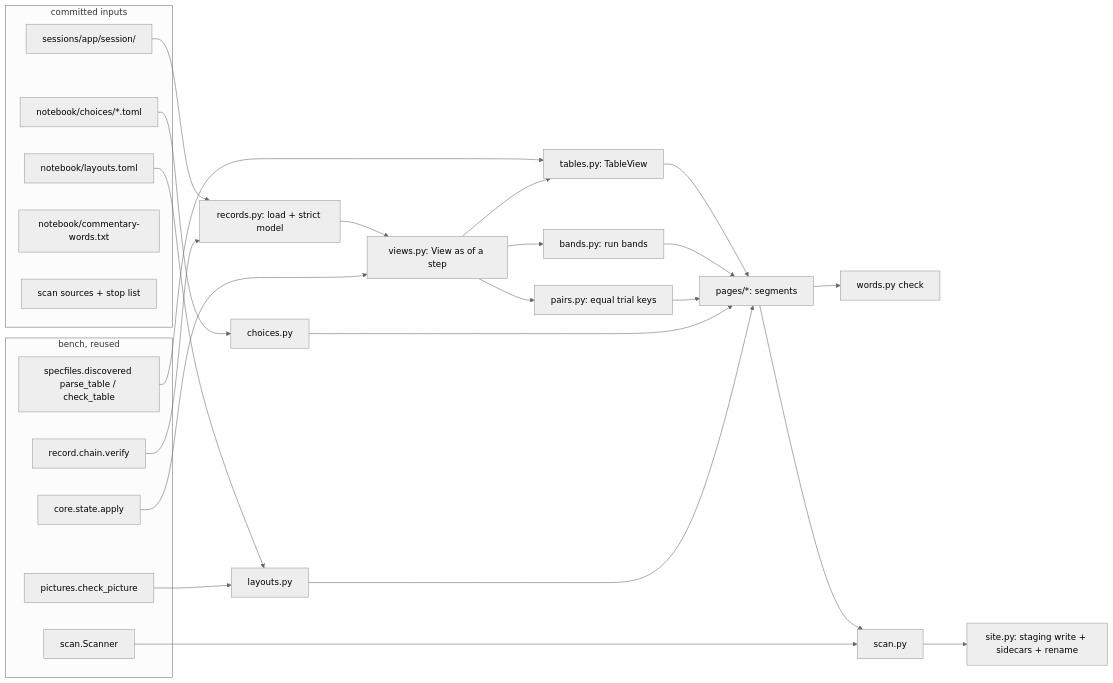
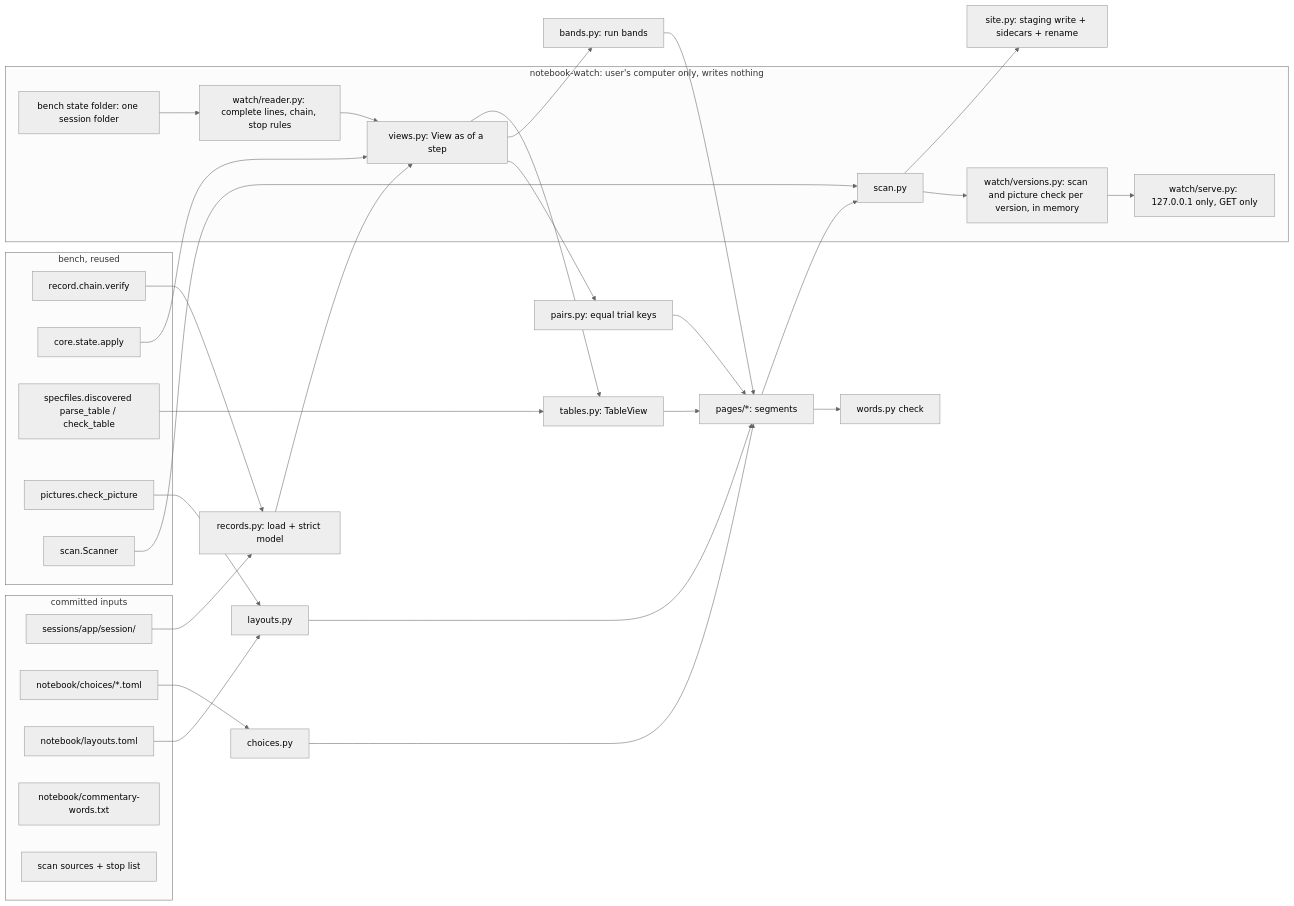
The diagram in .kiro/specs/lab-notebook/design.md (marcosanyo/dr-kiro-lab-notebook), drawn with Mermaid (neutral theme) before and after one commit. The commit also changed other lines of this file and 3 other files, not shown here.

First line of the commit message:
lab-notebook: the session at the bench (requirement 23, decision 53)

````diff
--- a/.kiro/specs/lab-notebook/design.md
+++ b/.kiro/specs/lab-notebook/design.md
@@ -36,33 +42,39 @@
 ```mermaid
 flowchart LR
   subgraph inputs [committed inputs]
     S[sessions/app/session/]
     C[notebook/choices/*.toml]
     L[notebook/layouts.toml]
     W[notebook/commentary-words.txt]
     K[scan sources + stop list]
   end
   subgraph bench [bench, reused]
     V[record.chain.verify]
     A[core.state.apply]
     T[specfiles.discovered parse_table / check_table]
     P[pictures.check_picture]
     X[scan.Scanner]
   end
   S --> R[records.py: load + strict model]
   V --> R
   R --> M[views.py: View as of a step]
   A --> M
   T --> TV[tables.py: TableView]
   M --> TV
   M --> B[bands.py: run bands]
   M --> Q[pairs.py: equal trial keys]
   C --> CH[choices.py]
   L --> LY[layouts.py]
   P --> LY
   TV & B & Q & CH & LY --> PG[pages/*: segments]
   PG --> WD[words.py check]
   PG --> SC[scan.py]
   X --> SC
   SC --> ST[site.py: staging write + sidecars + rename]
+  subgraph watch["notebook-watch: user's computer only, writes nothing"]
+    BS[bench state folder: one session folder] --> WR[watch/reader.py: complete lines, chain, stop rules]
+    WR --> M
+    SC --> WV[watch/versions.py: scan and picture check per version, in memory]
+    WV --> WH[watch/serve.py: 127.0.0.1 only, GET only]
+  end
 ```
````
